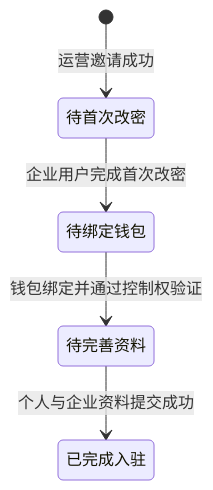
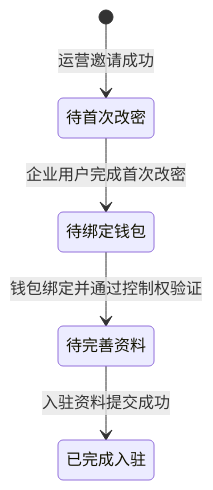
Before and after one commit to wxblockchain/Chain-Financing: the seventh of 7 diagrams in asset-trust-platform/PRD/运营端/M2-运营登录与企业管理/02-运营登录与企业管理-流程图与状态机.md, drawn with Mermaid. The commit also changed other lines of this file and 4 other files, not shown here.

````diff
--- a/asset-trust-platform/PRD/运营端/M2-运营登录与企业管理/02-运营登录与企业管理-流程图与状态机.md
+++ b/asset-trust-platform/PRD/运营端/M2-运营登录与企业管理/02-运营登录与企业管理-流程图与状态机.md
@@ -190,7 +167,7 @@
 ```mermaid
 stateDiagram-v2
     [*] --> 待首次改密: 运营邀请成功
     待首次改密 --> 待绑定钱包: 企业用户完成首次改密
     待绑定钱包 --> 待完善资料: 钱包绑定并通过控制权验证
-    待完善资料 --> 已完成入驻: 个人与企业资料提交成功
+    待完善资料 --> 已完成入驻: 入驻资料提交成功
 ```
````
